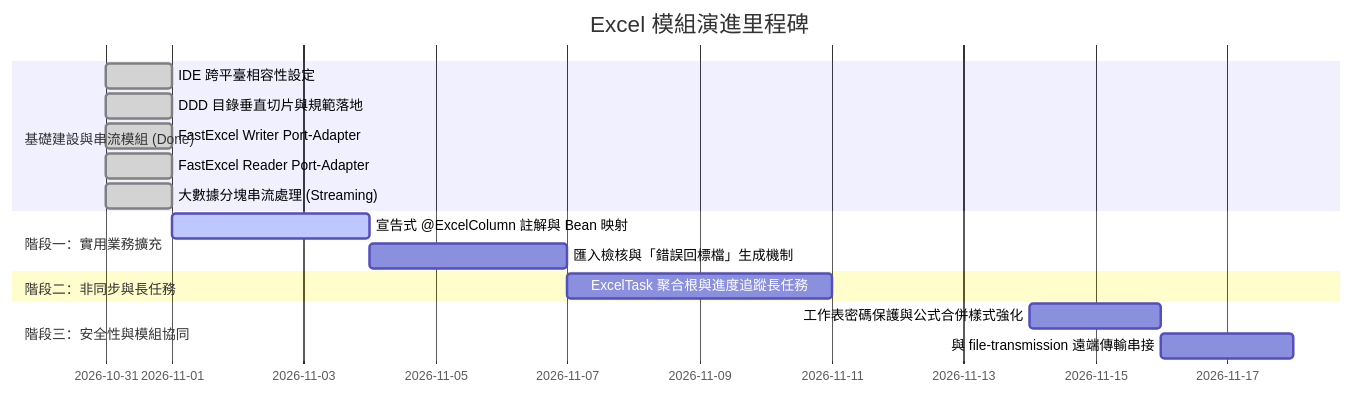
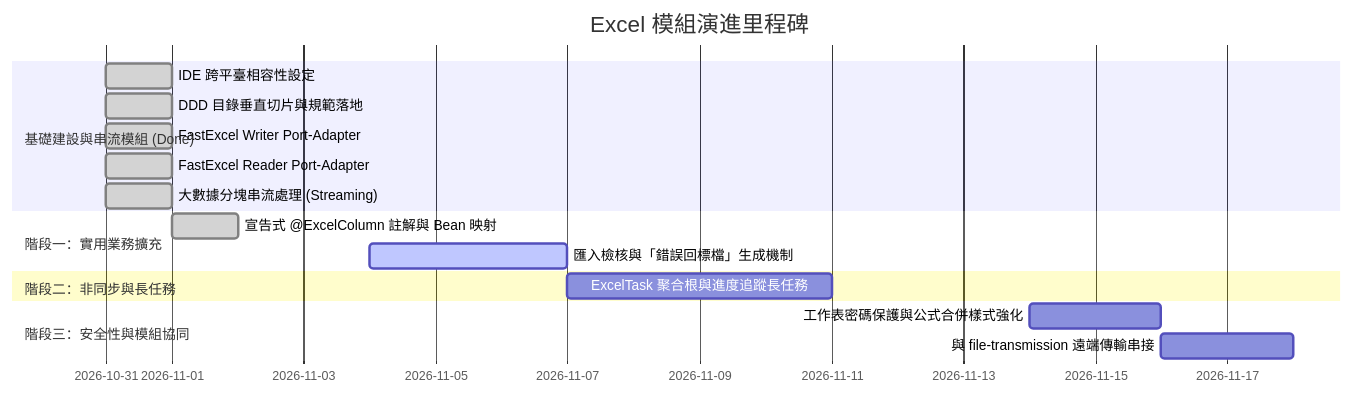
One commit to nick54785478/excel-module changed the second of 2 diagrams in doc/design/README.md. Above: the diagram before and after it, drawn with Mermaid. The commit also changed other lines of this file and 8 other files, not shown here.

Commit message:
feat: implement declarative bean mapping (@ExcelSheet, @ExcelColumn, ExcelBeanAssembler) while retaining Map methods

````diff
--- a/doc/design/README.md
+++ b/doc/design/README.md
@@ -182,22 +202,22 @@
 ```mermaid
 gantt
     title Excel 模組演進里程碑
     dateFormat  YYYY-MM-DD
     section 基礎建設與串流模組 (Done)
     IDE 跨平臺相容性設定           :done, 2026-10-31, 1d
     DDD 目錄垂直切片與規範落地       :done, 2026-10-31, 1d
     FastExcel Writer Port-Adapter  :done, 2026-10-31, 1d
     FastExcel Reader Port-Adapter  :done, 2026-10-31, 1d
     大數據分塊串流處理 (Streaming)  :done, 2026-10-31, 1d
     
     section 階段一：實用業務擴充
-    宣告式 @ExcelColumn 註解與 Bean 映射 :active, 2026-11-01, 3d
-    匯入檢核與「錯誤回標檔」生成機制       :2026-11-04, 3d
+    宣告式 @ExcelColumn 註解與 Bean 映射 :done, 2026-11-01, 1d
+    匯入檢核與「錯誤回標檔」生成機制       :active, 2026-11-04, 3d
     
     section 階段二：非同步與長任務
     ExcelTask 聚合根與進度追蹤長任務     :2026-11-07, 4d
     
     section 階段三：安全性與模組協同
     工作表密碼保護與公式合併樣式強化       :2026-11-14, 2d
     與 file-transmission 遠端傳輸串接   :2026-11-16, 2d
 ```
````
